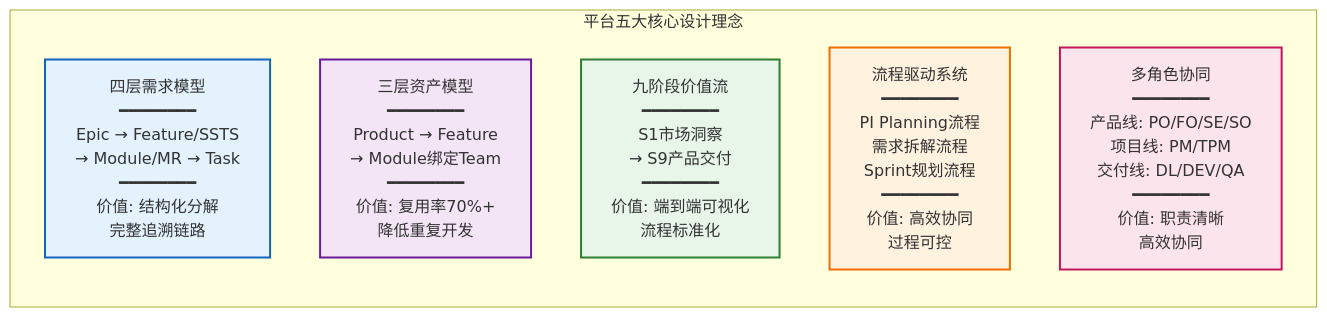
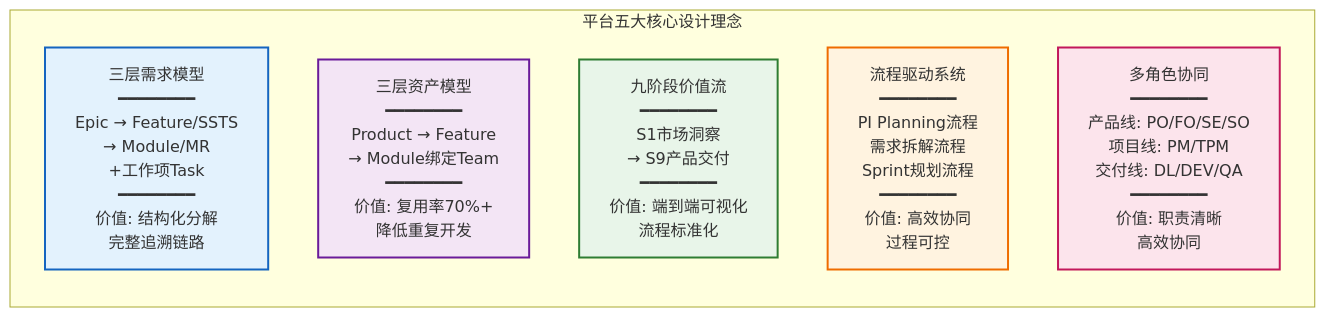
Before and after one commit to zjx-immersion/auto-rd-platform-prototype: the eighth of 31 diagrams in platform-design/AUTO_RD_PLATFORM_DESIGN_MERMAID.md, drawn with Mermaid. The commit also changed other lines of this file, not shown here.

````diff
--- a/platform-design/AUTO_RD_PLATFORM_DESIGN_MERMAID.md
+++ b/platform-design/AUTO_RD_PLATFORM_DESIGN_MERMAID.md
@@ -337,20 +350,20 @@
 ```mermaid
 graph LR
     subgraph Design["平台五大核心设计理念"]
-        D1[四层需求模型<br/>━━━━━━━━<br/>Epic → Feature/SSTS<br/>→ Module/MR → Task<br/>━━━━━━━━<br/>价值: 结构化分解<br/>完整追溯链路]
+        D1[三层需求模型<br/>━━━━━━━━<br/>Epic → Feature/SSTS<br/>→ Module/MR<br/>+工作项Task<br/>━━━━━━━━<br/>价值: 结构化分解<br/>完整追溯链路]
 
         D2[三层资产模型<br/>━━━━━━━━<br/>Product → Feature<br/>→ Module绑定Team<br/>━━━━━━━━<br/>价值: 复用率70%+<br/>降低重复开发]
 
         D3[九阶段价值流<br/>━━━━━━━━<br/>S1市场洞察<br/>→ S9产品交付<br/>━━━━━━━━<br/>价值: 端到端可视化<br/>流程标准化]
 
         D4[流程驱动系统<br/>━━━━━━━━<br/>PI Planning流程<br/>需求拆解流程<br/>Sprint规划流程<br/>━━━━━━━━<br/>价值: 高效协同<br/>过程可控]
 
         D5[多角色协同<br/>━━━━━━━━<br/>产品线: PO/FO/SE/SO<br/>项目线: PM/TPM<br/>交付线: DL/DEV/QA<br/>━━━━━━━━<br/>价值: 职责清晰<br/>高效协同]
     end
 
     style D1 fill:#e3f2fd,stroke:#1565c0,stroke-width:2px
     style D2 fill:#f3e5f5,stroke:#6a1b9a,stroke-width:2px
     style D3 fill:#e8f5e9,stroke:#2e7d32,stroke-width:2px
     style D4 fill:#fff3e0,stroke:#ef6c00,stroke-width:2px
     style D5 fill:#fce4ec,stroke:#c2185b,stroke-width:2px
 ```
````
